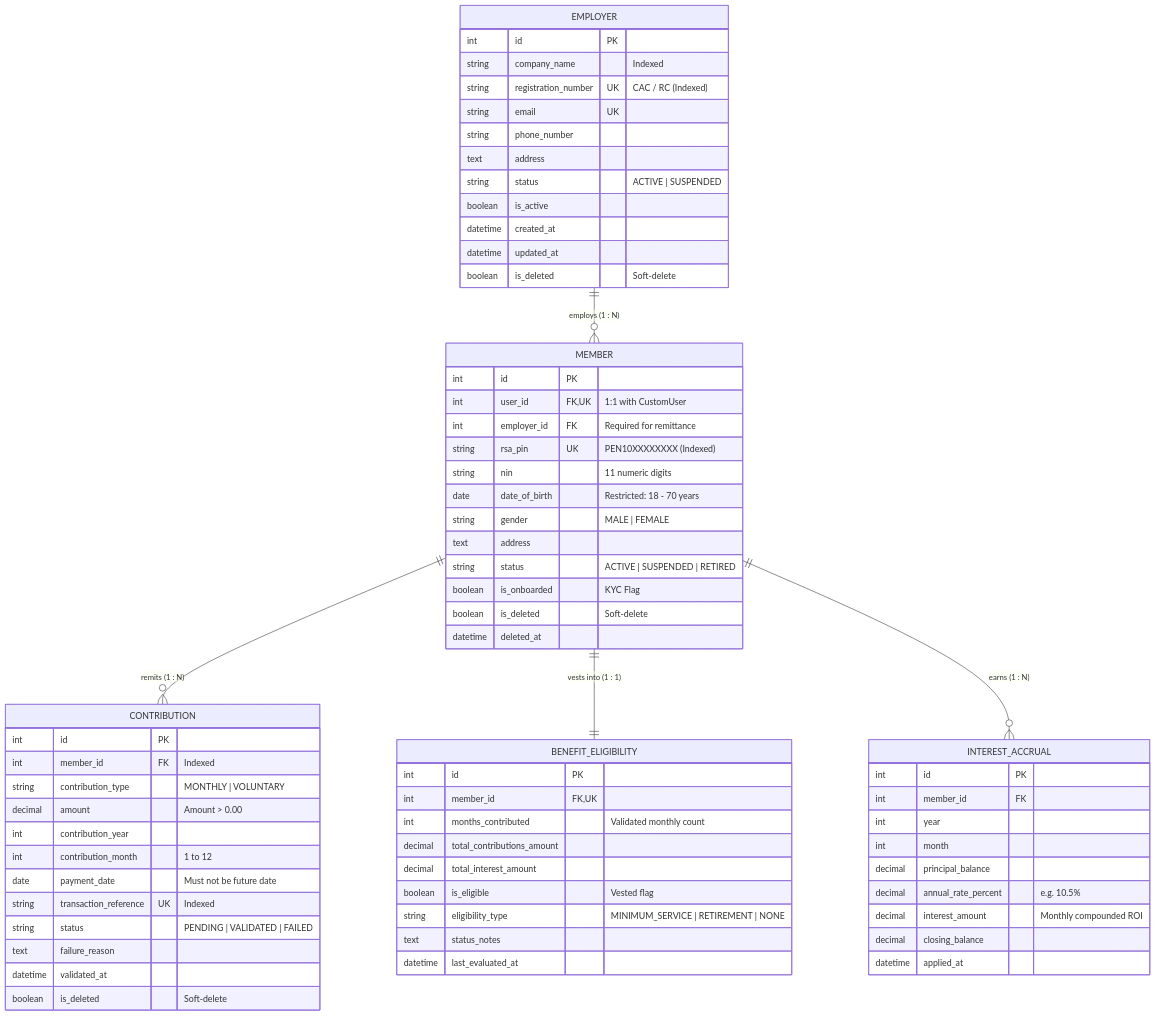
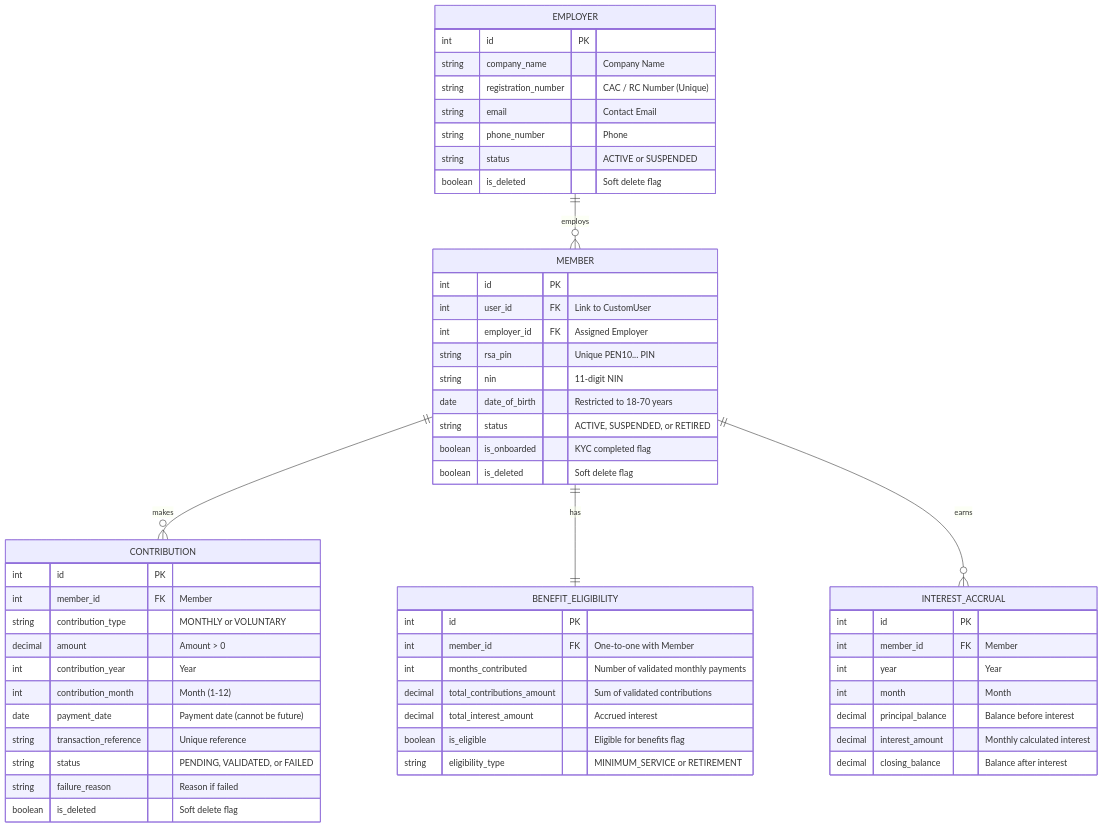
The second of 7 diagrams in SYSTEM_DESIGN.md (victorquadri123/pension-contribution-management-system), drawn with Mermaid before and after one commit. The commit also changed other lines of this file, not shown here.

Commit message:
docs: simplify system design document with clear developer notes and diagrams

````diff
--- a/SYSTEM_DESIGN.md
+++ b/SYSTEM_DESIGN.md
@@ -81,75 +77,63 @@
 ```mermaid
 erDiagram
-    EMPLOYER ||--o{ MEMBER : "employs (1 : N)"
-    MEMBER ||--o{ CONTRIBUTION : "remits (1 : N)"
-    MEMBER ||--|| BENEFIT_ELIGIBILITY : "vests into (1 : 1)"
-    MEMBER ||--o{ INTEREST_ACCRUAL : "earns (1 : N)"
+    EMPLOYER ||--o{ MEMBER : "employs"
+    MEMBER ||--o{ CONTRIBUTION : "makes"
+    MEMBER ||--|| BENEFIT_ELIGIBILITY : "has"
+    MEMBER ||--o{ INTEREST_ACCRUAL : "earns"
 
     EMPLOYER {
         int id PK
-        string company_name "Indexed"
-        string registration_number UK "CAC / RC (Indexed)"
-        string email UK
-        string phone_number
-        text address
-        string status "ACTIVE | SUSPENDED"
-        boolean is_active
-        datetime created_at
-        datetime updated_at
-        boolean is_deleted "Soft-delete"
+        string company_name "Company Name"
+        string registration_number "CAC / RC Number (Unique)"
+        string email "Contact Email"
+        string phone_number "Phone"
+        string status "ACTIVE or SUSPENDED"
+        boolean is_deleted "Soft delete flag"
     }
 
     MEMBER {
         int id PK
-        int user_id FK, UK "1:1 with CustomUser"
-        int employer_id FK "Required for remittance"
-        string rsa_pin UK "PEN10XXXXXXXX (Indexed)"
-        string nin "11 numeric digits"
-        date date_of_birth "Restricted: 18 - 70 years"
-        string gender "MALE | FEMALE"
-        text address
-        string status "ACTIVE | SUSPENDED | RETIRED"
-        boolean is_onboarded "KYC Flag"
-        boolean is_deleted "Soft-delete"
-        datetime deleted_at
+        int user_id FK "Link to CustomUser"
+        int employer_id FK "Assigned Employer"
+        string rsa_pin "Unique PEN10... PIN"
+        string nin "11-digit NIN"
+        date date_of_birth "Restricted to 18-70 years"
+        string status "ACTIVE, SUSPENDED, or RETIRED"
+        boolean is_onboarded "KYC completed flag"
+        boolean is_deleted "Soft delete flag"
     }
 
     CONTRIBUTION {
         int id PK
-        int member_id FK "Indexed"
-        string contribution_type "MONTHLY | VOLUNTARY"
-        decimal amount "Amount > 0.00"
-        int contribution_year
-        int contribution_month "1 to 12"
-        date payment_date "Must not be future date"
-        string transaction_reference UK "Indexed"
-        string status "PENDING | VALIDATED | FAILED"
-        text failure_reason
-        datetime validated_at
-        boolean is_deleted "Soft-delete"
+        int member_id FK "Member"
+        string contribution_type "MONTHLY or VOLUNTARY"
+        decimal amount "Amount > 0"
+        int contribution_year "Year"
+        int contribution_month "Month (1-12)"
+        date payment_date "Payment date (cannot be future)"
+        string transaction_reference "Unique reference"
+        string status "PENDING, VALIDATED, or FAILED"
+        string failure_reason "Reason if failed"
+        boolean is_deleted "Soft delete flag"
     }
 
     BENEFIT_ELIGIBILITY {
         int id PK
-        int member_id FK, UK
-        int months_contributed "Validated monthly count"
-        decimal total_contributions_amount
-        decimal total_interest_amount
-        boolean is_eligible "Vested flag"
-        string eligibility_type "MINIMUM_SERVICE | RETIREMENT | NONE"
-        text status_notes
-        datetime last_evaluated_at
+        int member_id FK "One-to-one with Member"
+        int months_contributed "Number of validated monthly payments"
+        decimal total_contributions_amount "Sum of validated contributions"
+        decimal total_interest_amount "Accrued interest"
+        boolean is_eligible "Eligible for benefits flag"
+        string eligibility_type "MINIMUM_SERVICE or RETIREMENT"
     }
 
     INTEREST_ACCRUAL {
         int id PK
-        int member_id FK
-        int year
-        int month
-        decimal principal_balance
-        decimal annual_rate_percent "e.g. 10.5%"
-        decimal interest_amount "Monthly compounded ROI"
-        decimal closing_balance
-        datetime applied_at
+        int member_id FK "Member"
+        int year "Year"
+        int month "Month"
+        decimal principal_balance "Balance before interest"
+        decimal interest_amount "Monthly calculated interest"
+        decimal closing_balance "Balance after interest"
     }
 ```
````
